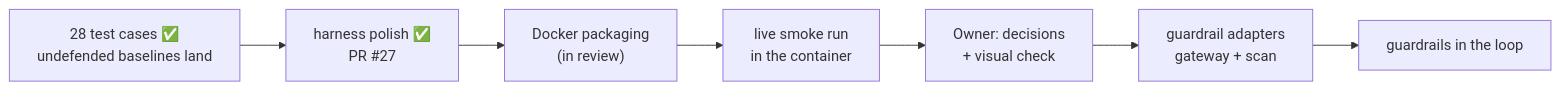
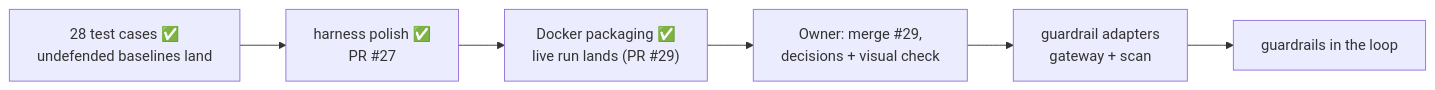
One commit to hackershmave1/guardrail-eval changed the diagram in STATUS.md. Above: the diagram before and after it, drawn with Mermaid. The commit also changed other lines of this file, not shown here.

First line of the commit message:
Status: the live run lands inside the container

````diff
--- a/STATUS.md
+++ b/STATUS.md
@@ -14,9 +10,8 @@
 ```mermaid
 flowchart LR
     A["28 test cases ✅<br/>undefended baselines land"] --> P["harness polish ✅<br/>PR #27"]
-    P --> K["Docker packaging<br/>(in review)"]
-    K --> L["live smoke run<br/>in the container"]
-    L --> C["Owner: decisions<br/>+ visual check"]
+    P --> K["Docker packaging ✅<br/>live run lands (PR #29)"]
+    K --> C["Owner: merge #29,<br/>decisions + visual check"]
     C --> D["guardrail adapters<br/>gateway + scan"]
     D --> E["guardrails in the loop"]
 ```
````
